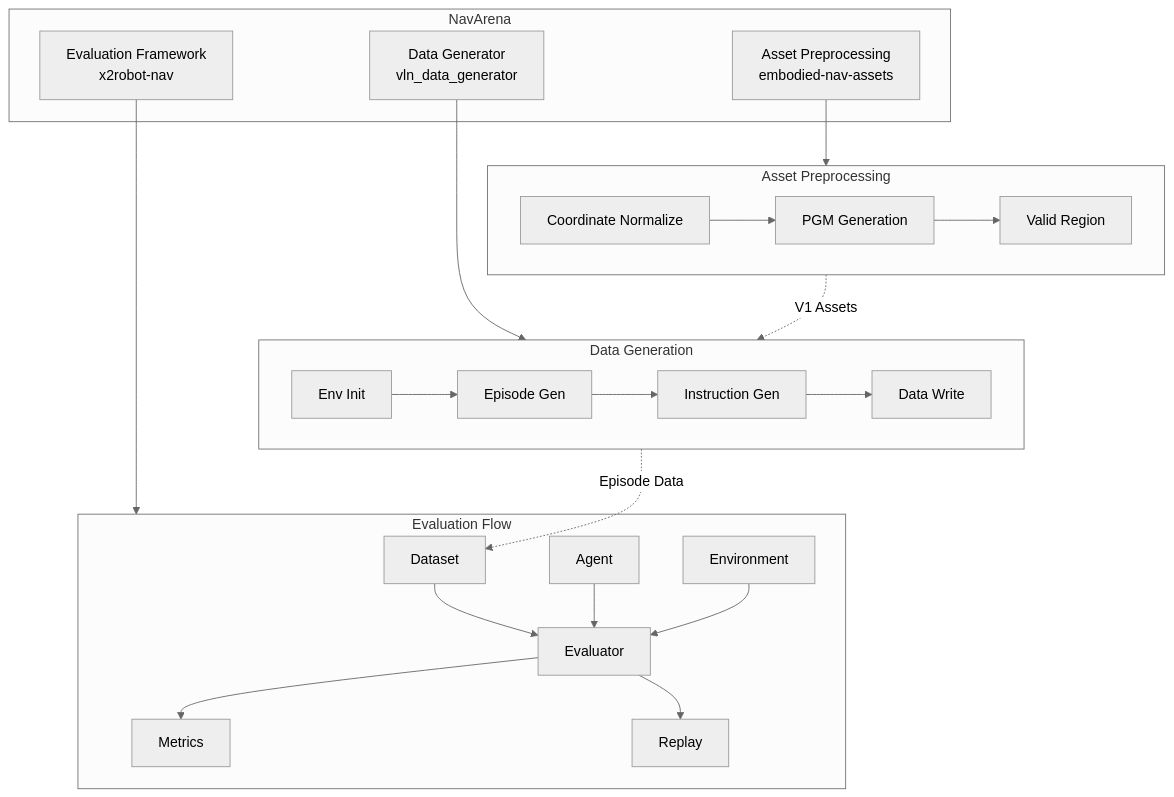
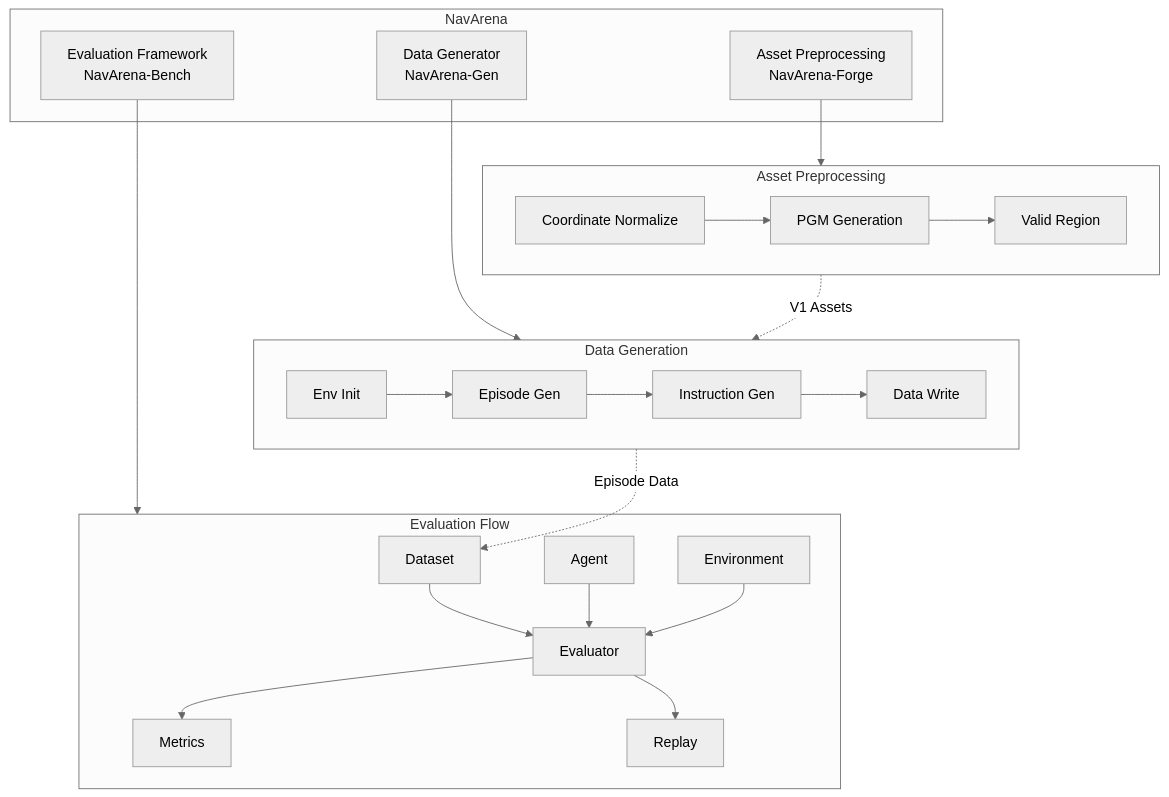
Before and after one commit to EI-Nav/NavArena-Doc: the diagram in docs/en/index.md, drawn with Mermaid (neutral theme). The commit also changed other lines of this file and 50 other files, not shown here.

````diff
--- a/docs/en/index.md
+++ b/docs/en/index.md
@@ -66,37 +66,37 @@
 ```mermaid
 graph TB
     subgraph NavArena[NavArena]
-        AP[Asset Preprocessing<br/>embodied-nav-assets]
-        DG[Data Generator<br/>vln_data_generator]
-        EF[Evaluation Framework<br/>x2robot-nav]
+        AP[Asset Preprocessing<br/>NavArena-Forge]
+        DG[Data Generator<br/>NavArena-Gen]
+        EF[Evaluation Framework<br/>NavArena-Bench]
     end
     
     subgraph AP_Flow[Asset Preprocessing]
         A1[Coordinate Normalize]
         A2[PGM Generation]
         A3[Valid Region]
         A1 --> A2 --> A3
     end
     
     subgraph DG_Flow[Data Generation]
         D1[Env Init]
         D2[Episode Gen]
         D3[Instruction Gen]
         D4[Data Write]
         D1 --> D2 --> D3 --> D4
     end
     
     subgraph EF_Flow[Evaluation Flow]
         Dataset[Dataset] --> Eval[Evaluator]
         Agent[Agent] --> Eval
         Env[Environment] --> Eval
         Eval --> Metrics[Metrics]
         Eval --> Replay[Replay]
     end
     
     AP --> AP_Flow
     DG --> DG_Flow
     EF --> EF_Flow
     AP_Flow -.V1 Assets.-> DG_Flow
     DG_Flow -.Episode Data.-> Dataset
 ```
````
